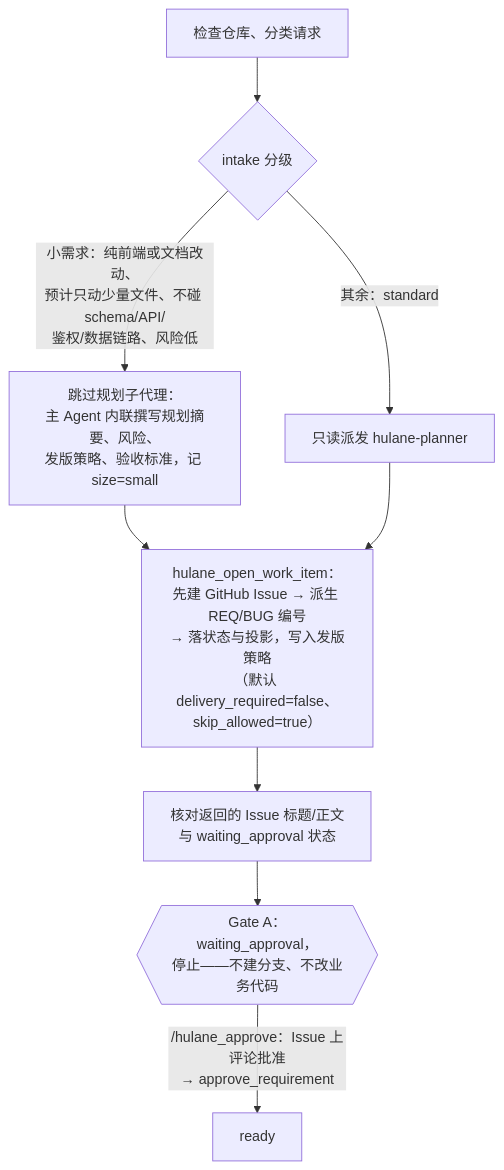
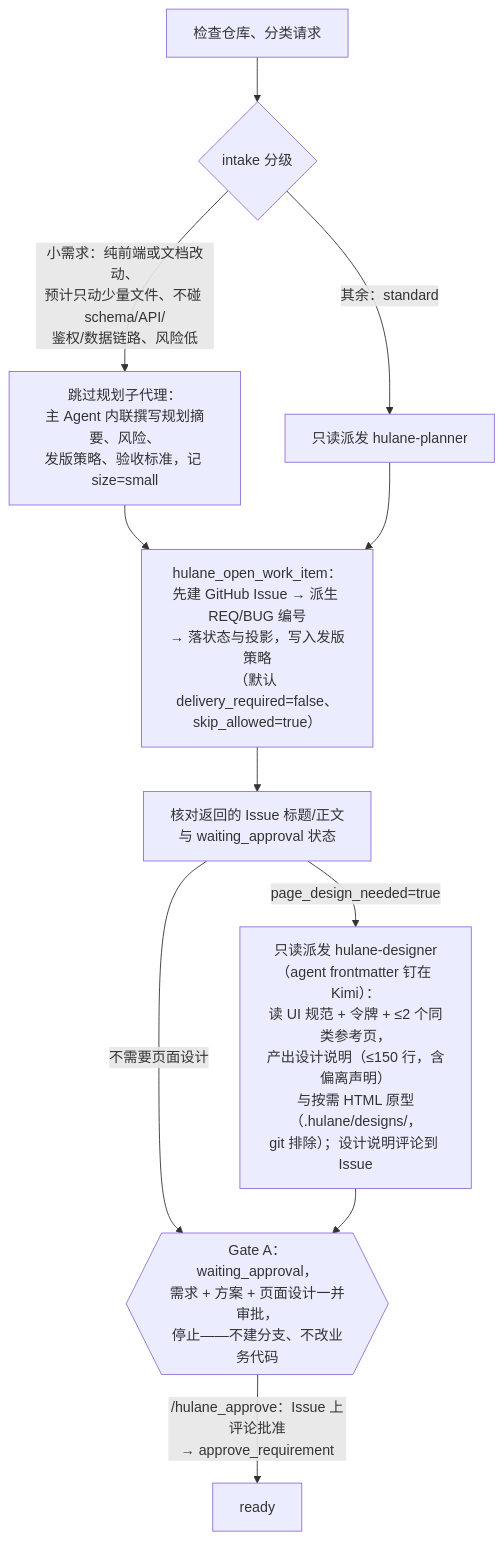
One commit to hutong236/hutong-zcode-marketplace changed the second of 10 diagrams in FLOWCHARTS.md. Above: the diagram before and after it, drawn with Mermaid. The commit also changed other lines of this file and 14 other files, not shown here.

First line of the commit message:
feat(hulane): 新增前端页面设计环节 hulane-designer 并入 Gate A 审批（V3.4.0）

````diff
--- a/FLOWCHARTS.md
+++ b/FLOWCHARTS.md
@@ -34,11 +34,13 @@
 ```mermaid
 flowchart TD
   CL["检查仓库、分类请求"] --> SZ{"intake 分级"}
   SZ -->|"小需求：纯前端或文档改动、<br>预计只动少量文件、不碰 schema/API/<br>鉴权/数据链路、风险低"| SM["跳过规划子代理：<br>主 Agent 内联撰写规划摘要、风险、<br>发版策略、验收标准，记 size=small"]
   SZ -->|"其余：standard"| PLN["只读派发 hulane-planner"]
   SM --> OWI["hulane_open_work_item：<br>先建 GitHub Issue → 派生 REQ/BUG 编号<br>→ 落状态与投影，写入发版策略<br>（默认 delivery_required=false、skip_allowed=true）"]
   PLN --> OWI
   OWI --> V["核对返回的 Issue 标题/正文<br>与 waiting_approval 状态"]
-  V --> GA{{"Gate A：waiting_approval，<br>停止——不建分支、不改业务代码"}}
+  V -->|"page_design_needed=true"| DSN["只读派发 hulane-designer<br>（agent frontmatter 钉在 Kimi）：<br>读 UI 规范 + 令牌 + ≤2 个同类参考页，<br>产出设计说明（≤150 行，含偏离声明）<br>与按需 HTML 原型（.hulane/designs/，<br>git 排除）；设计说明评论到 Issue"]
+  V -->|"不需要页面设计"| GA
+  DSN --> GA{{"Gate A：waiting_approval，<br>需求 + 方案 + 页面设计一并审批，<br>停止——不建分支、不改业务代码"}}
   GA -->|"/hulane_approve：Issue 上评论批准<br>→ approve_requirement"| RDY["ready"]
 ```
````
